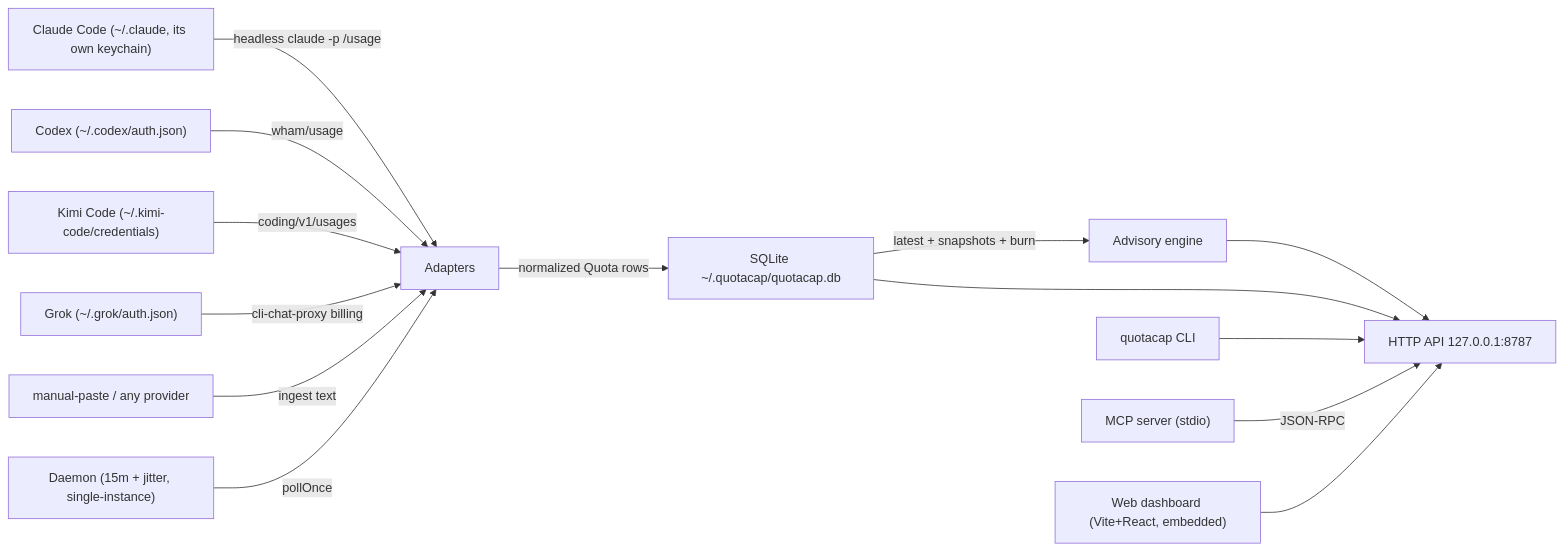
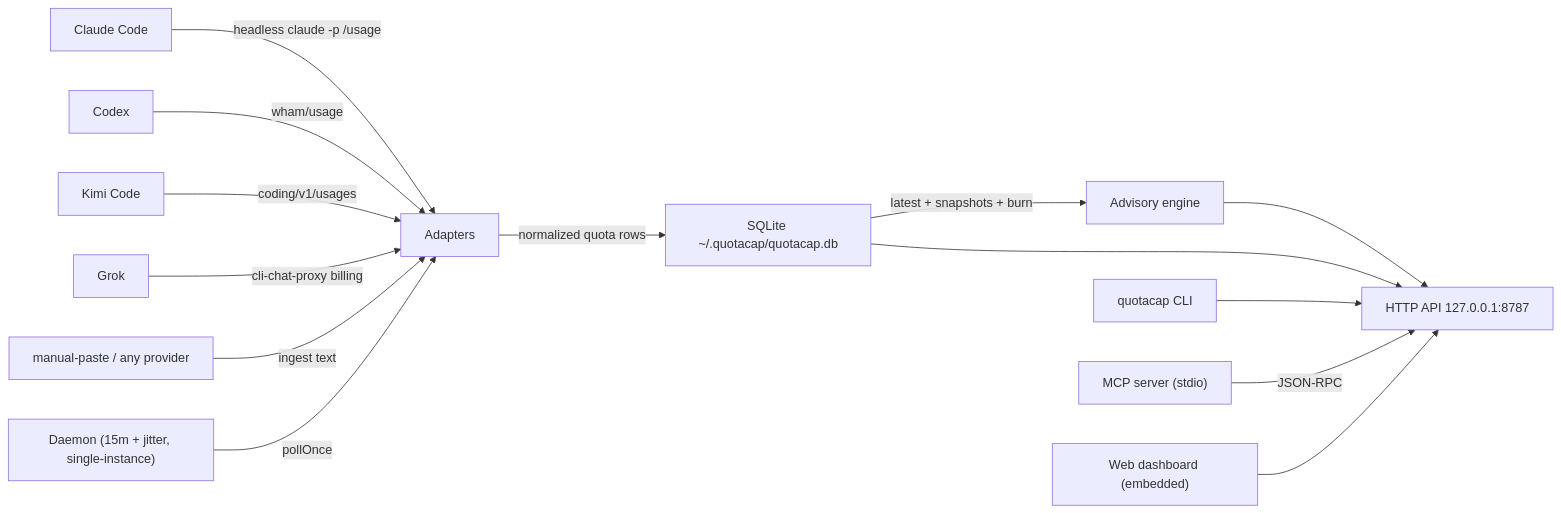
One commit to carlosboeing/quotacap changed the diagram in docs/architecture.md. Above: the diagram before and after it, drawn with Mermaid. The commit also changed other lines of this file, not shown here.

First line of the commit message:
docs(architecture): public-facing rewrite

````diff
--- a/docs/architecture.md
+++ b/docs/architecture.md
@@ -39,24 +39,24 @@
 ```mermaid
 flowchart LR
-  CP["Claude Code (~/.claude, its own keychain)"]
-  CX["Codex (~/.codex/auth.json)"]
-  KM["Kimi Code (~/.kimi-code/credentials)"]
-  GK["Grok (~/.grok/auth.json)"]
+  CP["Claude Code"]
+  CX["Codex"]
+  KM["Kimi Code"]
+  GK["Grok"]
   MN["manual-paste / any provider"]
 
   CP -->|headless claude -p /usage| AD["Adapters"]
   CX -->|wham/usage| AD
   KM -->|coding/v1/usages| AD
   GK -->|cli-chat-proxy billing| AD
   MN -->|ingest text| AD
 
-  AD -->|normalized Quota rows| ST["SQLite ~/.quotacap/quotacap.db"]
+  AD -->|normalized quota rows| ST["SQLite ~/.quotacap/quotacap.db"]
   DT["Daemon (15m + jitter, single-instance)"] -->|pollOnce| AD
   ST -->|latest + snapshots + burn| AE["Advisory engine"]
 
   AE --> API["HTTP API 127.0.0.1:8787"]
   ST --> API
   CLI["quotacap CLI"] --> API
   MCP["MCP server (stdio)"] -->|JSON-RPC| API
-  WEB["Web dashboard (Vite+React, embedded)"] --> API
+  WEB["Web dashboard (embedded)"] --> API
 ```
````
